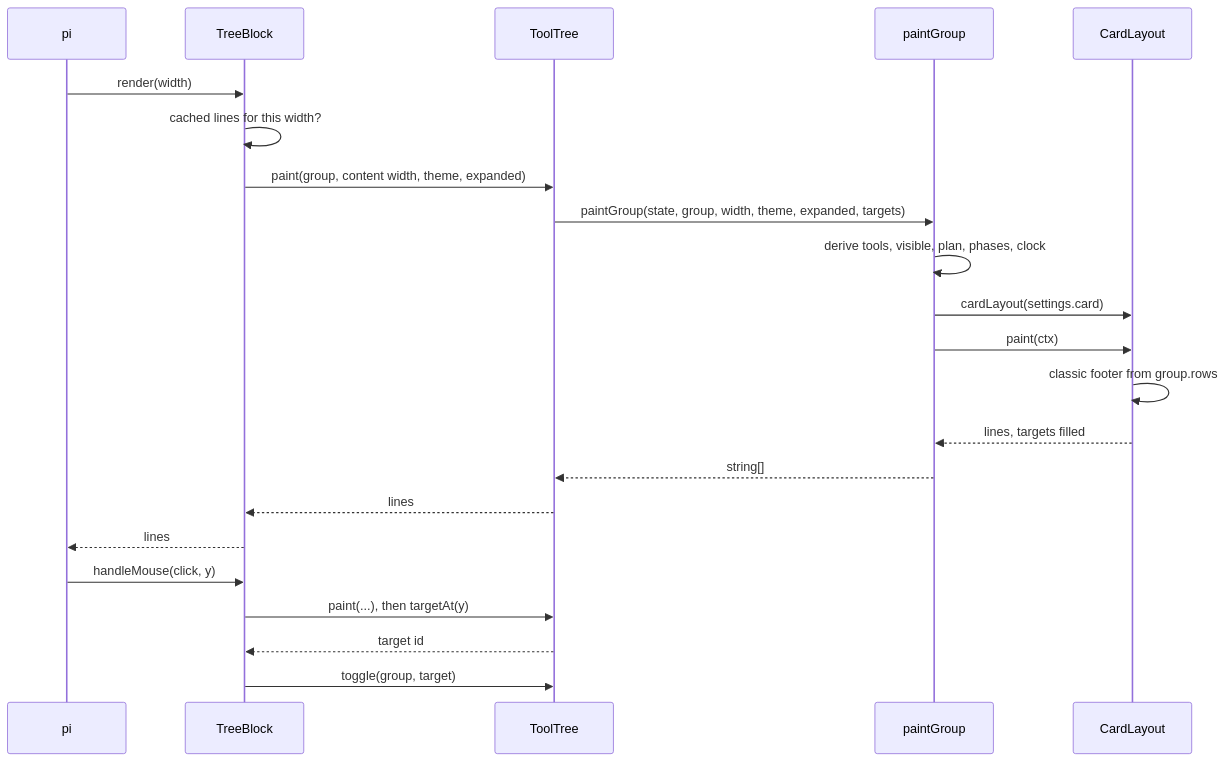
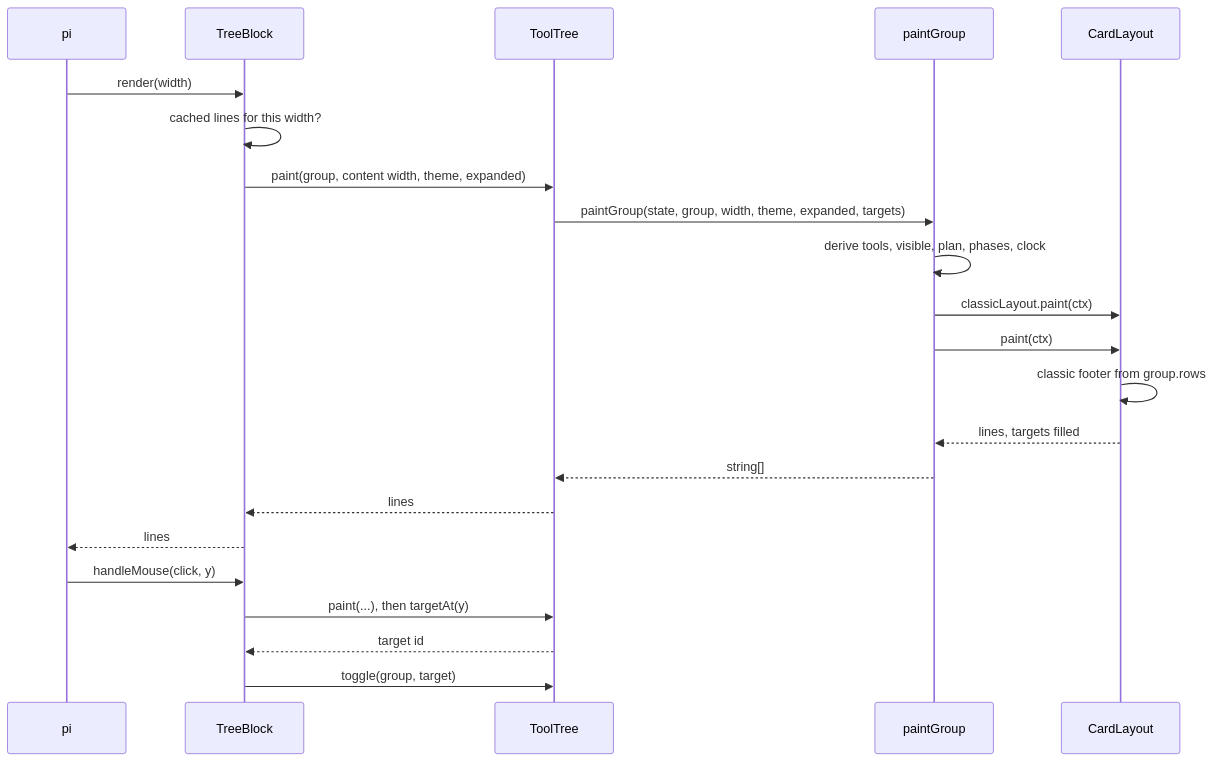
One commit to Gendyyy/pi-grove changed the second of 2 diagrams in docs/architecture.md. Above: the diagram before and after it, drawn with Mermaid. The commit also changed other lines of this file and 39 other files, not shown here.

First line of the commit message:
feat: breathe one mark on a shared clock and keep only the classic card

````diff
--- a/docs/architecture.md
+++ b/docs/architecture.md
@@ -31,24 +31,24 @@
 ```mermaid
 sequenceDiagram
     participant P as pi
     participant B as TreeBlock
     participant T as ToolTree
     participant G as paintGroup
     participant L as CardLayout
     P->>B: render(width)
     B->>B: cached lines for this width?
     B->>T: paint(group, content width, theme, expanded)
     T->>G: paintGroup(state, group, width, theme, expanded, targets)
     G->>G: derive tools, visible, plan, phases, clock
-    G->>L: cardLayout(settings.card)
+    G->>L: classicLayout.paint(ctx)
     G->>L: paint(ctx)
     L->>L: classic footer from group.rows
     L-->>G: lines, targets filled
     G-->>T: string[]
     T-->>B: lines
     B-->>P: lines
     P->>B: handleMouse(click, y)
     B->>T: paint(...), then targetAt(y)
     T-->>B: target id
     B->>T: toggle(group, target)
 ```
````
